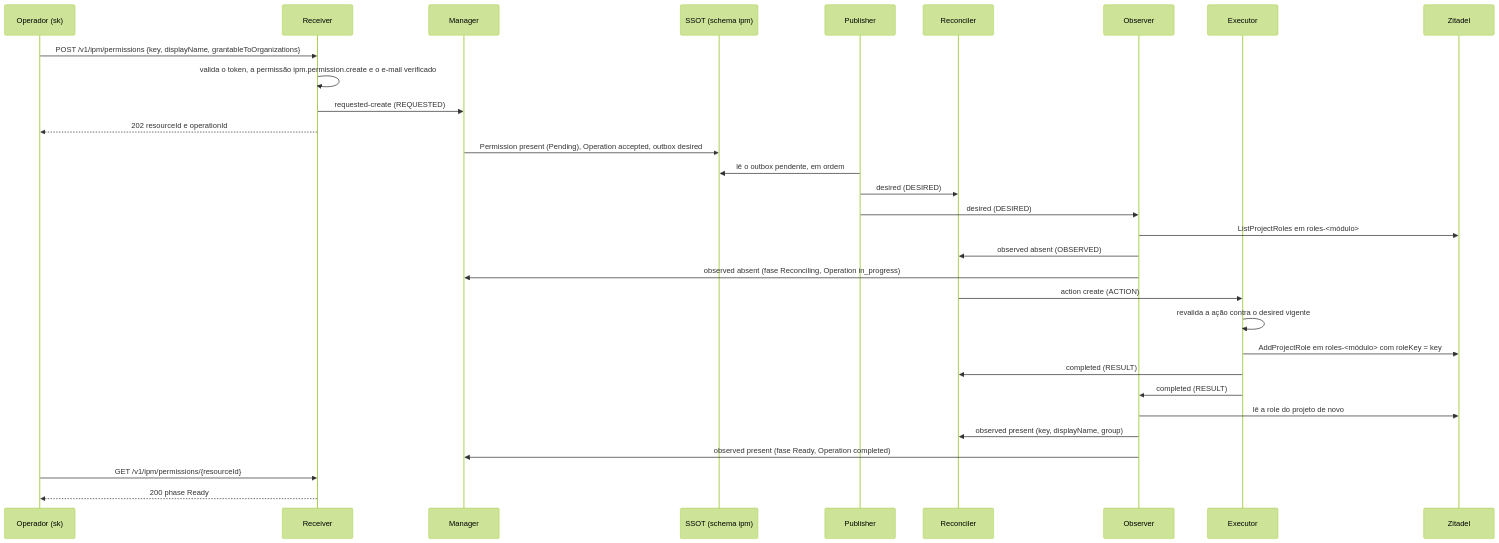
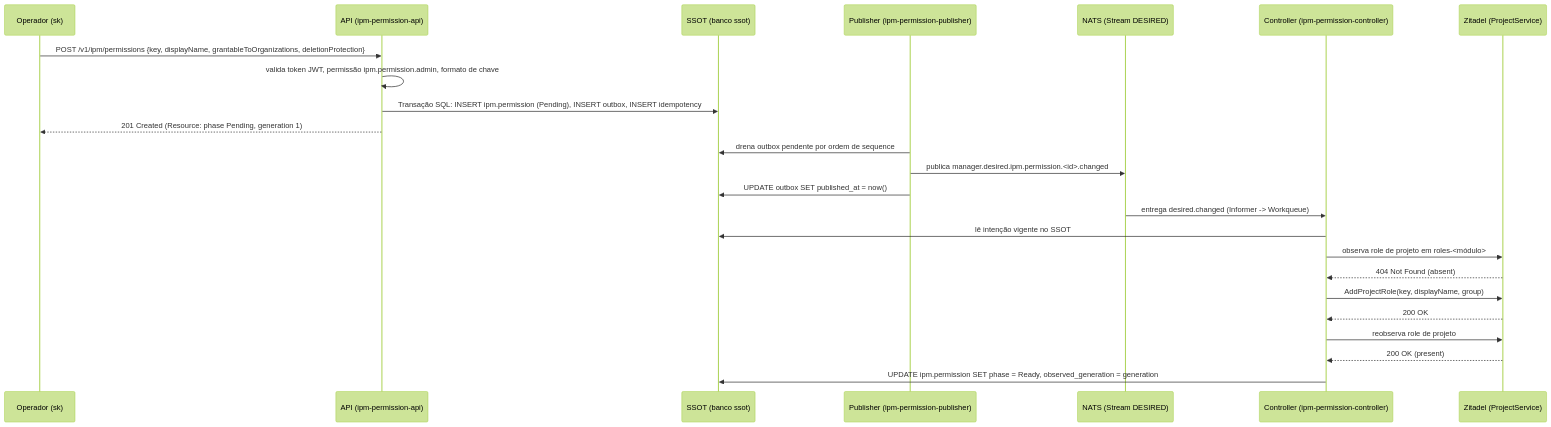
One commit to danielsabatini/smarkee changed the diagram in features/ipm/permission/docs/flow/01-criar-permission.mmd. Above: the diagram before and after it, drawn with Mermaid (forest theme). The commit also changed 86 other files, not shown here.

Commit message:
docs(ipm): atualiza diagramas e fluxo de dados de organization, permission, user e serviceaccount

```diff
--- a/features/ipm/permission/docs/flow/01-criar-permission.mmd
+++ b/features/ipm/permission/docs/flow/01-criar-permission.mmd
@@ -1,31 +1,25 @@
 sequenceDiagram
   participant U as Operador (sk)
-  participant R as Receiver
-  participant M as Manager
-  participant DB as SSOT (schema ipm)
-  participant P as Publisher
-  participant REC as Reconciler
-  participant OB as Observer
-  participant EX as Executor
-  participant Z as Zitadel
-  U->>R: POST /v1/ipm/permissions {key, displayName, grantableToOrganizations}
-  R->>R: valida o token, a permissão ipm.permission.create e o e-mail verificado
-  R->>M: requested-create (REQUESTED)
-  R-->>U: 202 resourceId e operationId
-  M->>DB: Permission present (Pending), Operation accepted, outbox desired
-  P->>DB: lê o outbox pendente, em ordem
-  P->>REC: desired (DESIRED)
-  P->>OB: desired (DESIRED)
-  OB->>Z: ListProjectRoles em roles-<módulo>
-  OB->>REC: observed absent (OBSERVED)
-  OB->>M: observed absent (fase Reconciling, Operation in_progress)
-  REC->>EX: action create (ACTION)
-  EX->>EX: revalida a ação contra o desired vigente
-  EX->>Z: AddProjectRole em roles-<módulo> com roleKey = key
-  EX->>REC: completed (RESULT)
-  EX->>OB: completed (RESULT)
-  OB->>Z: lê a role do projeto de novo
-  OB->>REC: observed present (key, displayName, group)
-  OB->>M: observed present (fase Ready, Operation completed)
-  U->>R: GET /v1/ipm/permissions/{resourceId}
-  R-->>U: 200 phase Ready
+  participant API as API (ipm-permission-api)
+  participant DB as SSOT (banco ssot)
+  participant P as Publisher (ipm-permission-publisher)
+  participant NATS as NATS (Stream DESIRED)
+  participant CTRL as Controller (ipm-permission-controller)
+  participant ZIT as Zitadel (ProjectService)
+
+  U->>API: POST /v1/ipm/permissions {key, displayName, grantableToOrganizations, deletionProtection}
+  API->>API: valida token JWT, permissão ipm.permission.admin, formato de chave
+  API->>DB: Transação SQL: INSERT ipm.permission (Pending), INSERT outbox, INSERT idempotency
+  API-->>U: 201 Created (Resource: phase Pending, generation 1)
+  P->>DB: drena outbox pendente por ordem de sequence
+  P->>NATS: publica manager.desired.ipm.permission.<id>.changed
+  P->>DB: UPDATE outbox SET published_at = now()
+  NATS->>CTRL: entrega desired.changed (Informer -> Workqueue)
+  CTRL->>DB: lê intenção vigente no SSOT
+  CTRL->>ZIT: observa role de projeto em roles-<módulo>
+  ZIT-->>CTRL: 404 Not Found (absent)
+  CTRL->>ZIT: AddProjectRole(key, displayName, group)
+  ZIT-->>CTRL: 200 OK
+  CTRL->>ZIT: reobserva role de projeto
+  ZIT-->>CTRL: 200 OK (present)
+  CTRL->>DB: UPDATE ipm.permission SET phase = Ready, observed_generation = generation
```
